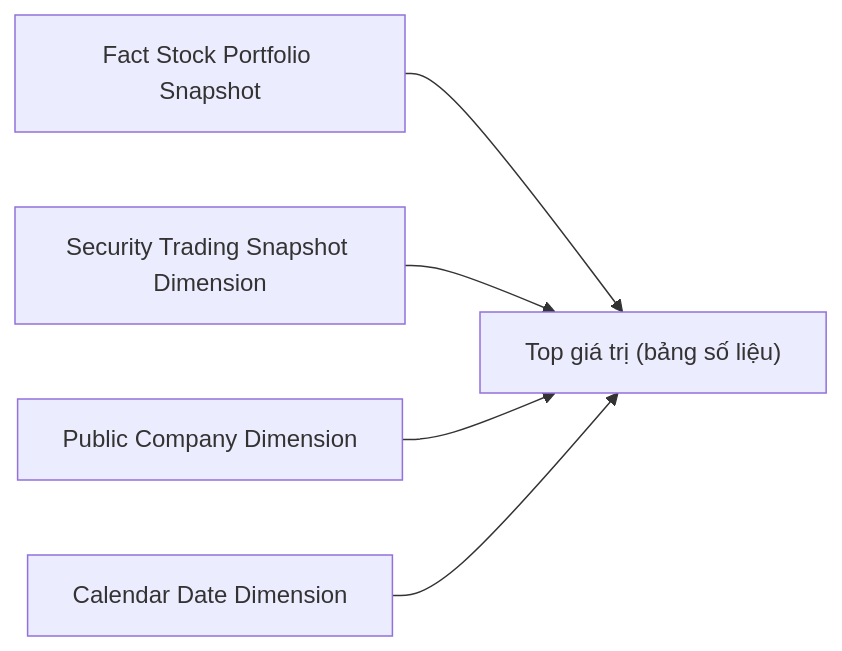
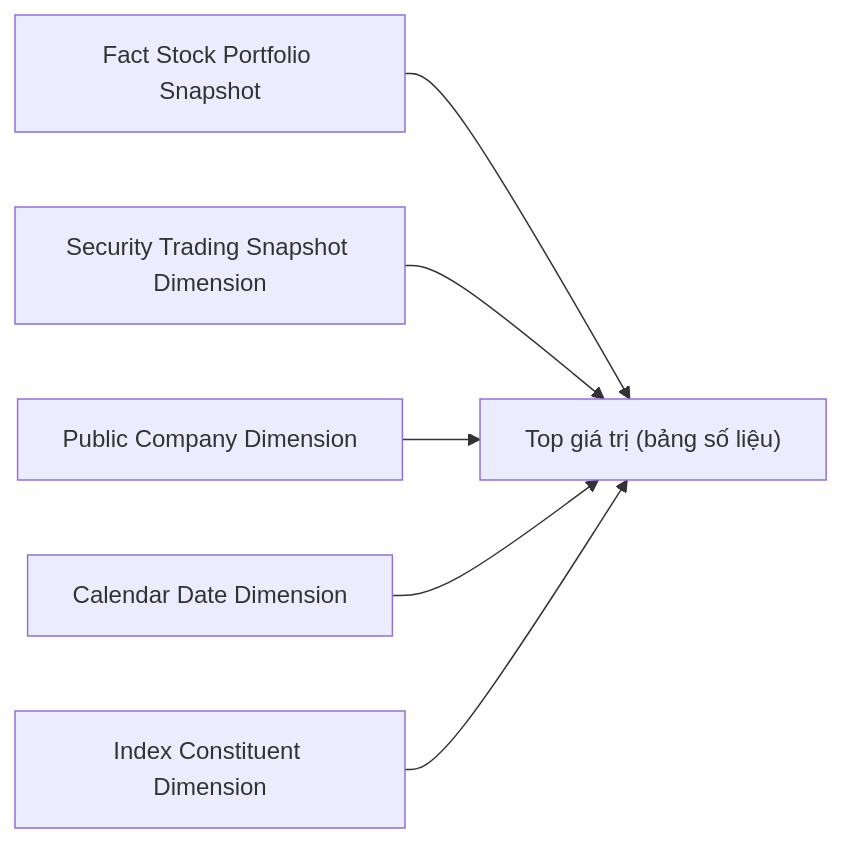
Diagram 21 of 57 in Datamart/hld/DTM_GSTT_HLD.md (linhlvit/ubck_atomic_design), drawn with Mermaid before and after one commit. The commit also changed other lines of this file and 21 other files, not shown here.

````diff
--- a/Datamart/hld/DTM_GSTT_HLD.md
+++ b/Datamart/hld/DTM_GSTT_HLD.md
@@ -1052,7 +1086,8 @@
 ```mermaid
 flowchart LR
     F1["Fact Stock Portfolio Snapshot"] --> RPT15["Top giá trị (bảng số liệu)"]
     D1["Security Trading Snapshot Dimension"] --> RPT15
     D2["Public Company Dimension"] --> RPT15
     D3["Calendar Date Dimension"] --> RPT15
+    D4["Index Constituent Dimension"] --> RPT15
 ```
````
